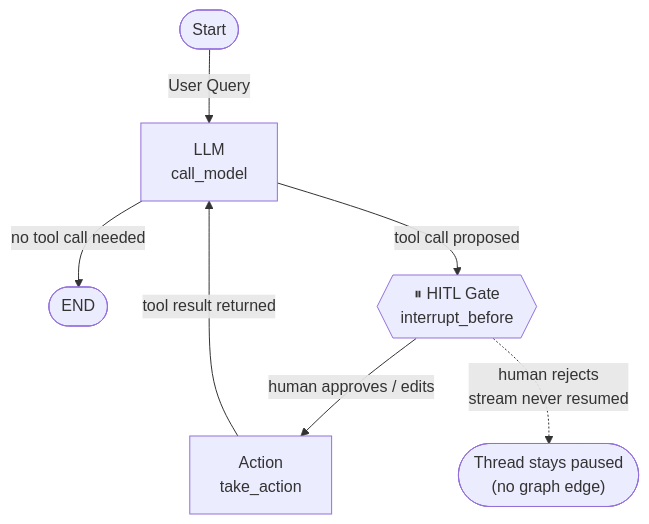
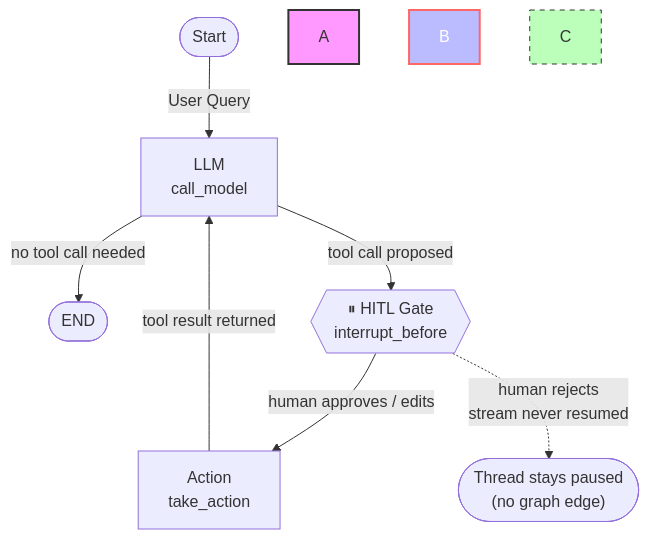
Before and after one commit to Koushik25022005/HITL-Incident-Engine: the diagram in README.md, drawn with Mermaid.

Commit message:
Enhance README with diagram styles
Added styles for diagram elements in README.

````diff
--- a/README.md
+++ b/README.md
@@ -46,10 +46,14 @@
 ```mermaid
 flowchart TD
     Start([Start]) -->|User Query| LLM[LLM<br/>call_model]
     LLM -->|no tool call needed| END([END])
     LLM -->|tool call proposed| GATE{{"⏸ HITL Gate<br/>interrupt_before"}}
     GATE -->|human approves / edits| Action[Action<br/>take_action]
     GATE -.->|human rejects<br/>stream never resumed| STOP(["Thread stays paused<br/>(no graph edge)"])
     Action -->|tool result returned| LLM
 
+    style A fill:#f9f,stroke:#333,stroke-width:2px
+    style B fill:#bbf,stroke:#f66,stroke-width:2px,color:#fff
+    style C fill:#bfb,stroke:#333,stroke-dasharray: 5 5
+
 ```
````
